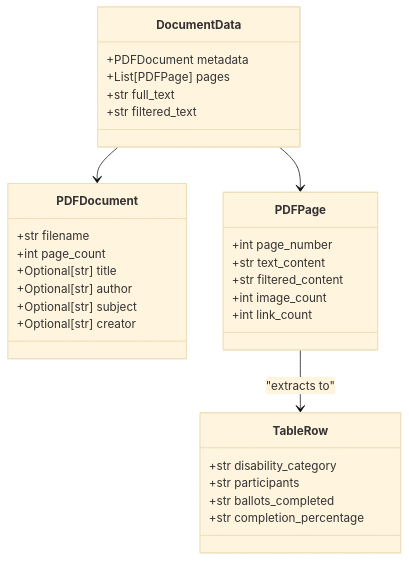
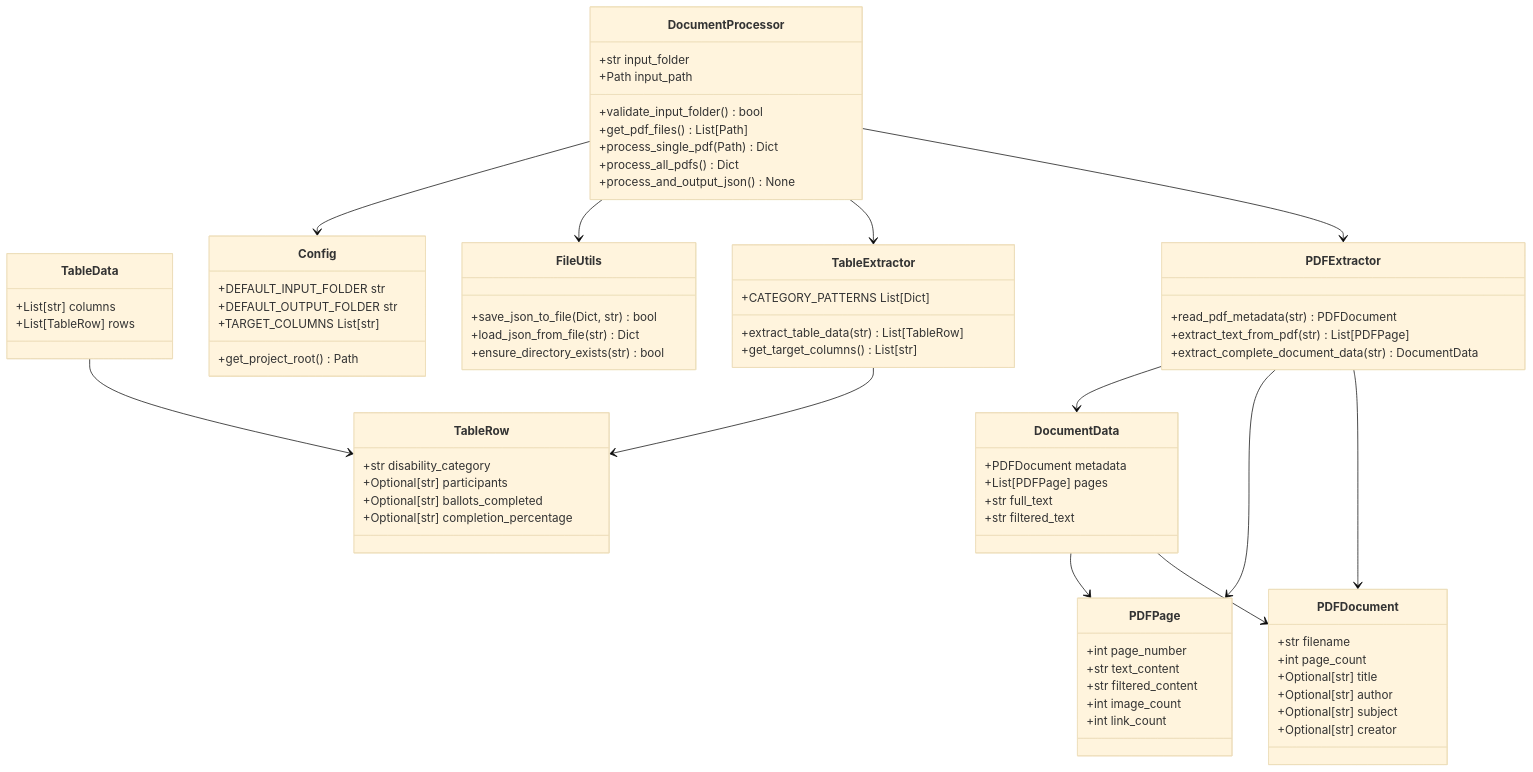
Before and after one commit to jaynro/fitz-lab: the fourth of 9 diagrams in README.md, drawn with Mermaid (base theme). The commit also changed other lines of this file and 12 other files, not shown here.

````diff
--- a/README.md
+++ b/README.md
@@ -80,5 +132,6 @@
 ```mermaid
 classDiagram
+    %% Data Models (models/pdf_models.py)
     class PDFDocument {
         +str filename
         +int page_count
@@ -105,12 +158,62 @@
     
     class TableRow {
         +str disability_category
-        +str participants
-        +str ballots_completed
-        +str completion_percentage
+        +Optional[str] participants
+        +Optional[str] ballots_completed
+        +Optional[str] completion_percentage
     }
     
+    class TableData {
+        +List[str] columns
+        +List[TableRow] rows
+    }
+    
+    %% Processing Classes
+    class DocumentProcessor {
+        +str input_folder
+        +Path input_path
+        +validate_input_folder() bool
+        +get_pdf_files() List[Path]
+        +process_single_pdf(Path) Dict
+        +process_all_pdfs() Dict
+        +process_and_output_json() None
+    }
+    
+    class PDFExtractor {
+        +read_pdf_metadata(str) PDFDocument
+        +extract_text_from_pdf(str) List[PDFPage]
+        +extract_complete_document_data(str) DocumentData
+    }
+    
+    class TableExtractor {
+        +CATEGORY_PATTERNS List[Dict]
+        +extract_table_data(str) List[TableRow]
+        +get_target_columns() List[str]
+    }
+    
+    class FileUtils {
+        +save_json_to_file(Dict, str) bool
+        +load_json_from_file(str) Dict
+        +ensure_directory_exists(str) bool
+    }
+    
+    class Config {
+        +DEFAULT_INPUT_FOLDER str
+        +DEFAULT_OUTPUT_FOLDER str
+        +TARGET_COLUMNS List[str]
+        +get_project_root() Path
+    }
+    
+    %% Relationships
     DocumentData --> PDFDocument
     DocumentData --> PDFPage
-    PDFPage --> TableRow : "extracts to"
+    TableData --> TableRow
+    DocumentProcessor --> PDFExtractor
+    DocumentProcessor --> TableExtractor
+    DocumentProcessor --> FileUtils
+    DocumentProcessor --> Config
+    PDFExtractor --> PDFDocument
+    PDFExtractor --> PDFPage
+    PDFExtractor --> DocumentData
+    TableExtractor --> TableRow
 ```
````
